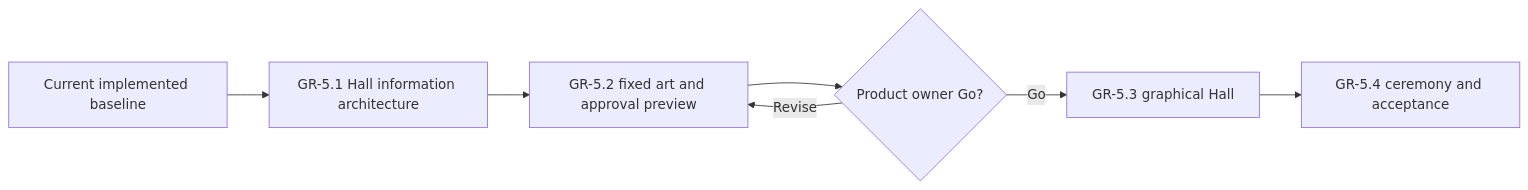
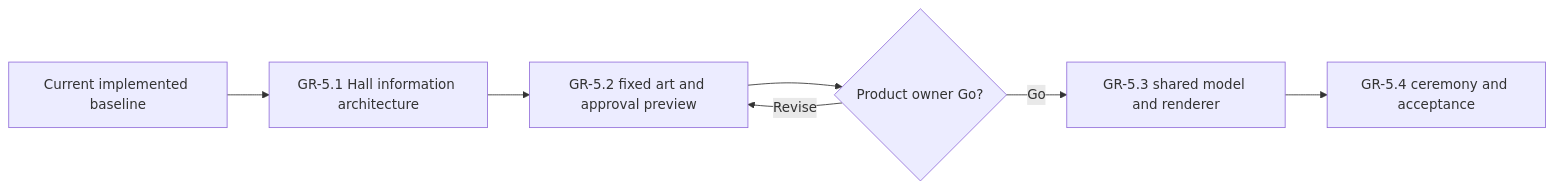
The diagram in docs/Wayfinders_Roadmap.md (anthonyoconnor/wayfinders), drawn with Mermaid before and after one commit. The commit also changed other lines of this file and 1 other file, not shown here.

Commit message:
plan shared Great Hall presentation model

````diff
--- a/docs/Wayfinders_Roadmap.md
+++ b/docs/Wayfinders_Roadmap.md
@@ -87,9 +88,9 @@
 ```mermaid
 flowchart LR
     B["Current implemented baseline"] --> GH51["GR-5.1 Hall information architecture"]
     GH51 --> GH52["GR-5.2 fixed art and approval preview"]
     GH52 --> GO{"Product owner Go?"}
     GO -->|Revise| GH52
-    GO -->|Go| GH53["GR-5.3 graphical Hall"]
+    GO -->|Go| GH53["GR-5.3 shared model and renderer"]
     GH53 --> GH54["GR-5.4 ceremony and acceptance"]
 ```
````
